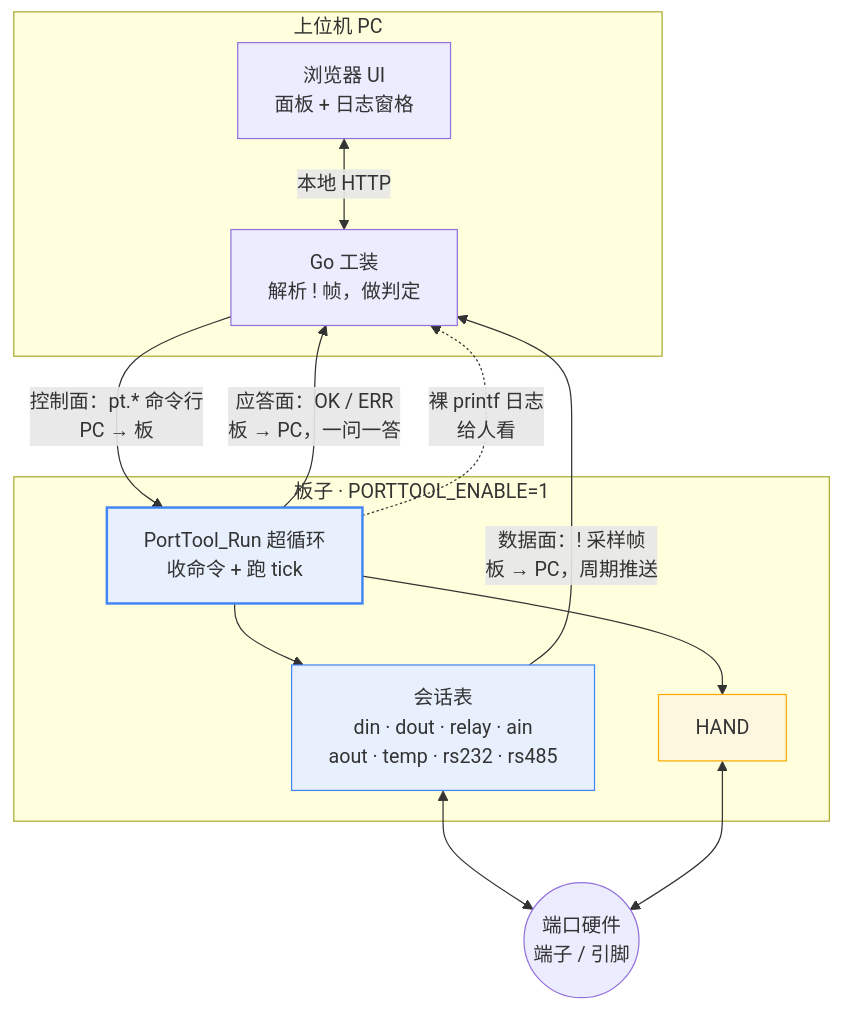
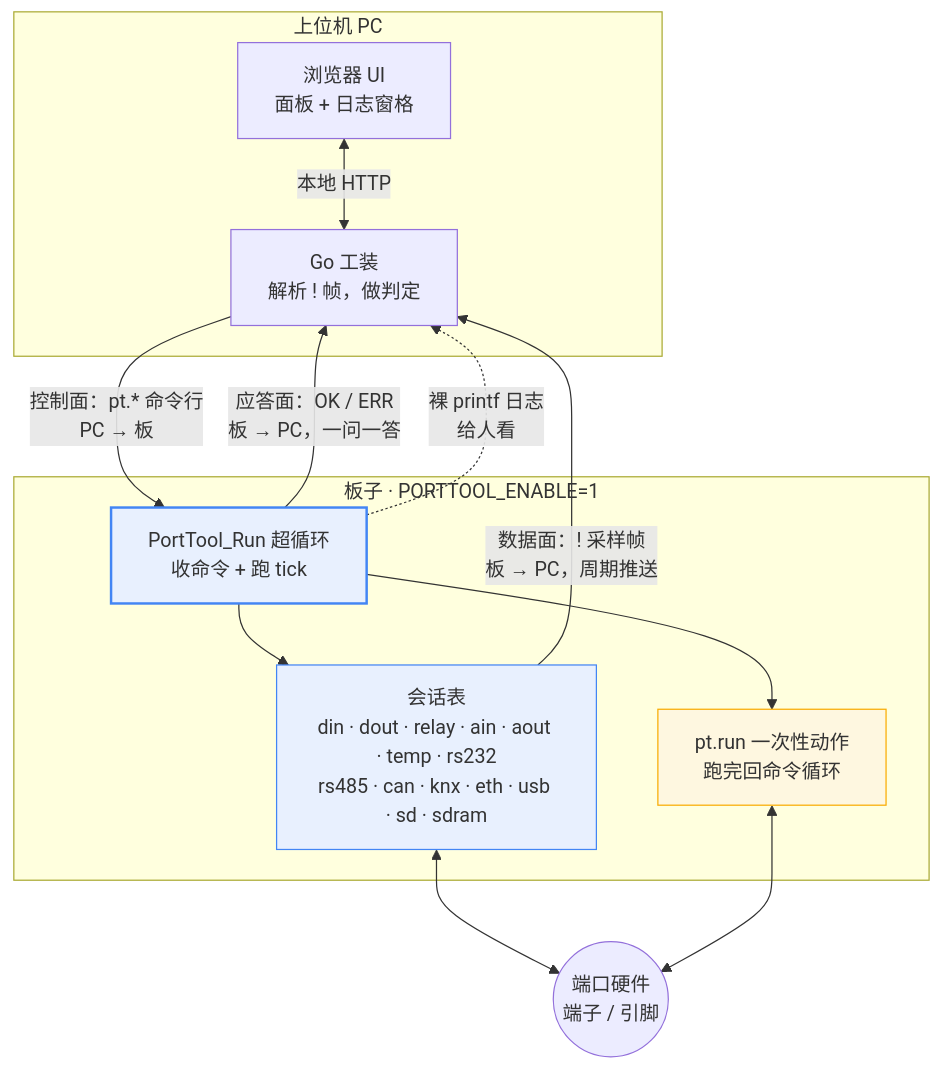
One commit to OpenPLCs/OpenPLC_Instruction changed the first of 8 diagrams in docs/modules/M4/PORTTOOL-FLOW.md. Above: the diagram before and after it, drawn with Mermaid. The commit also changed other lines of this file and 33 other files, not shown here.

````diff
--- a/docs/modules/M4/PORTTOOL-FLOW.md
+++ b/docs/modules/M4/PORTTOOL-FLOW.md
@@ -22,29 +22,30 @@
 ```mermaid
 flowchart TB
     subgraph PC["上位机 PC"]
         UI["浏览器 UI<br/>面板 + 日志窗格"]
         GO["Go 工装<br/>解析 ! 帧，做判定"]
         UI <-->|"本地 HTTP"| GO
     end
 
     subgraph BOARD["板子 · PORTTOOL_ENABLE=1"]
         LOOP["PortTool_Run 超循环<br/>收命令 + 跑 tick"]
-        SESS["会话表<br/>din · dout · relay · ain<br/>aout · temp · rs232 · rs485"]
+        SESS["会话表<br/>din · dout · relay · ain · aout · temp · rs232<br/>rs485 · can · knx · eth · usb · sd · sdram"]
+        RUN["pt.run 一次性动作<br/>跑完回命令循环"]
         LOOP --> SESS
-        LOOP --> HAND
+        LOOP --> RUN
     end
 
     HW(("端口硬件<br/>端子 / 引脚"))
 
     GO -->|"控制面：pt.* 命令行<br/>PC → 板"| LOOP
     LOOP -->|"应答面：OK / ERR<br/>板 → PC，一问一答"| GO
     SESS -->|"数据面：! 采样帧<br/>板 → PC，周期推送"| GO
     LOOP -.->|"裸 printf 日志<br/>给人看"| GO
 
     SESS <--> HW
-    HAND <--> HW
+    RUN <--> HW
 
     style LOOP fill:#e8f0fe,stroke:#4285f4,stroke-width:2px
     style SESS fill:#e8f0fe,stroke:#4285f4
-    style HAND fill:#fef7e0,stroke:#f9ab00
+    style RUN fill:#fef7e0,stroke:#f9ab00
 ```
````
